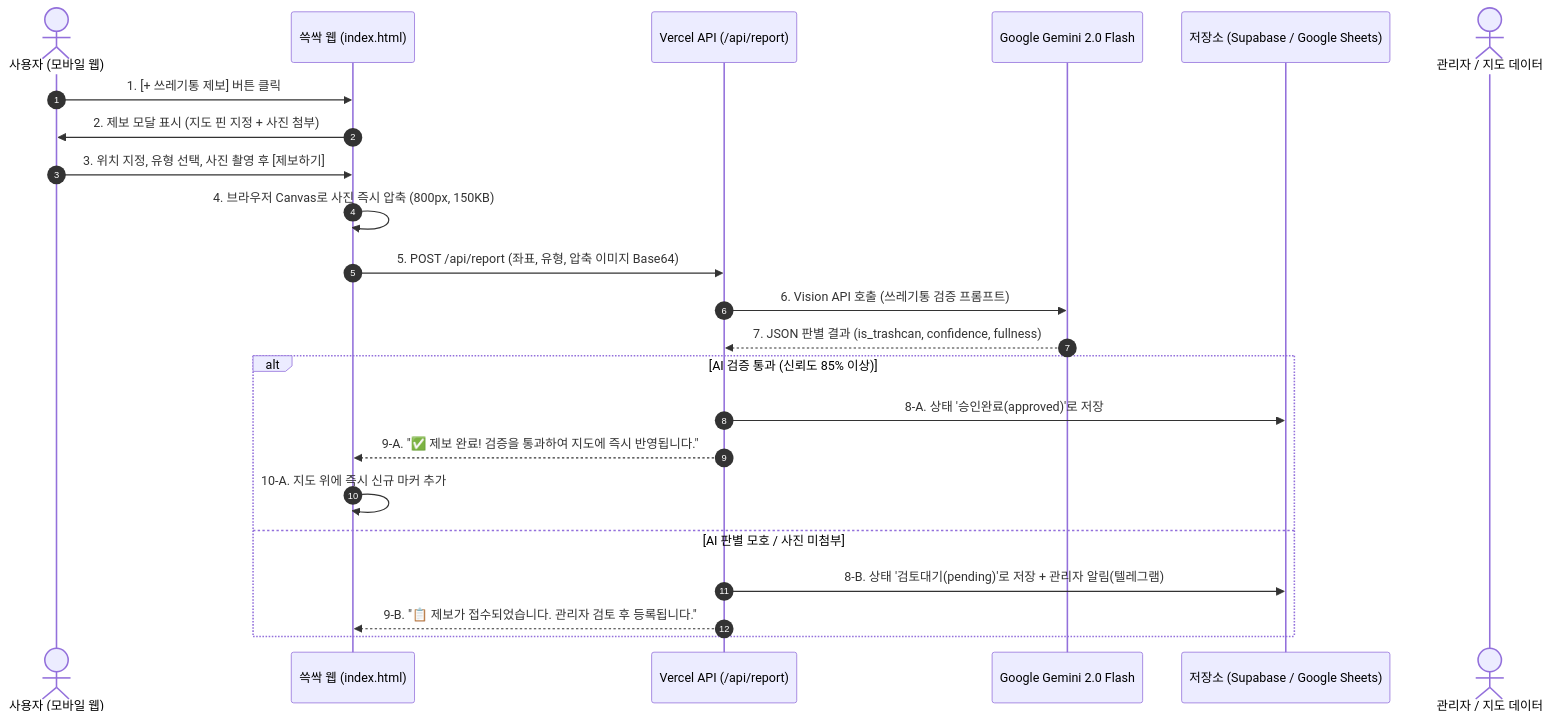
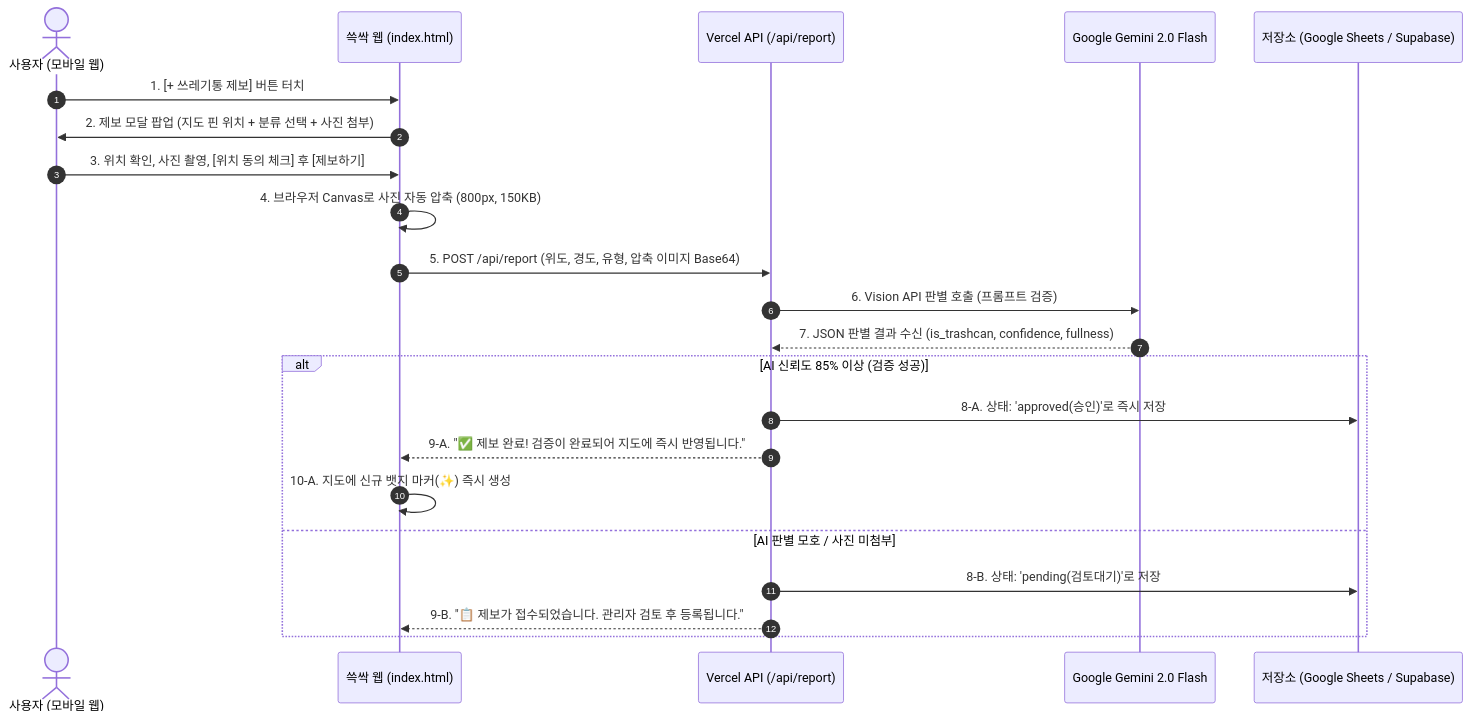
Before and after one commit to furterwoong-rgb/trashcan_map: the diagram in trash_bin_alarm_feature.md, drawn with Mermaid. The commit also changed other lines of this file, not shown here.

Commit message:
docs: refine trash bin reporting plan based on user original thoughts

````diff
--- a/trash_bin_alarm_feature.md
+++ b/trash_bin_alarm_feature.md
@@ -85,27 +79,26 @@
 ```mermaid
 sequenceDiagram
     autonumber
     actor User as 사용자 (모바일 웹)
     participant Client as 쓱싹 웹 (index.html)
     participant Serverless as Vercel API (/api/report)
     participant Gemini as Google Gemini 2.0 Flash
-    participant Storage as 저장소 (Supabase / Google Sheets)
-    actor Admin as 관리자 / 지도 데이터
+    participant DB as 저장소 (Google Sheets / Supabase)
 
-    User->>Client: 1. [+ 쓰레기통 제보] 버튼 클릭
-    Client->>User: 2. 제보 모달 표시 (지도 핀 지정 + 사진 첨부)
-    User->>Client: 3. 위치 지정, 유형 선택, 사진 촬영 후 [제보하기]
-    Client->>Client: 4. 브라우저 Canvas로 사진 즉시 압축 (800px, 150KB)
-    Client->>Serverless: 5. POST /api/report (좌표, 유형, 압축 이미지 Base64)
-    Serverless->>Gemini: 6. Vision API 호출 (쓰레기통 검증 프롬프트)
-    Gemini-->>Serverless: 7. JSON 판별 결과 (is_trashcan, confidence, fullness)
+    User->>Client: 1. [+ 쓰레기통 제보] 버튼 터치
+    Client->>User: 2. 제보 모달 팝업 (지도 핀 위치 + 분류 선택 + 사진 첨부)
+    User->>Client: 3. 위치 확인, 사진 촬영, [위치 동의 체크] 후 [제보하기]
+    Client->>Client: 4. 브라우저 Canvas로 사진 자동 압축 (800px, 150KB)
+    Client->>Serverless: 5. POST /api/report (위도, 경도, 유형, 압축 이미지 Base64)
+    Serverless->>Gemini: 6. Vision API 판별 호출 (프롬프트 검증)
+    Gemini-->>Serverless: 7. JSON 판별 결과 수신 (is_trashcan, confidence, fullness)
     
-    alt AI 검증 통과 (신뢰도 85% 이상)
-        Serverless->>Storage: 8-A. 상태 '승인완료(approved)'로 저장
-        Serverless-->>Client: 9-A. "✅ 제보 완료! 검증을 통과하여 지도에 즉시 반영됩니다."
-        Client->>Client: 10-A. 지도 위에 즉시 신규 마커 추가
+    alt AI 신뢰도 85% 이상 (검증 성공)
+        Serverless->>DB: 8-A. 상태: 'approved(승인)'로 즉시 저장
+        Serverless-->>Client: 9-A. "✅ 제보 완료! 검증이 완료되어 지도에 즉시 반영됩니다."
+        Client->>Client: 10-A. 지도에 신규 뱃지 마커(✨) 즉시 생성
     else AI 판별 모호 / 사진 미첨부
-        Serverless->>Storage: 8-B. 상태 '검토대기(pending)'로 저장 + 관리자 알림(텔레그램)
+        Serverless->>DB: 8-B. 상태: 'pending(검토대기)'로 저장
         Serverless-->>Client: 9-B. "📋 제보가 접수되었습니다. 관리자 검토 후 등록됩니다."
     end
 ```
````
